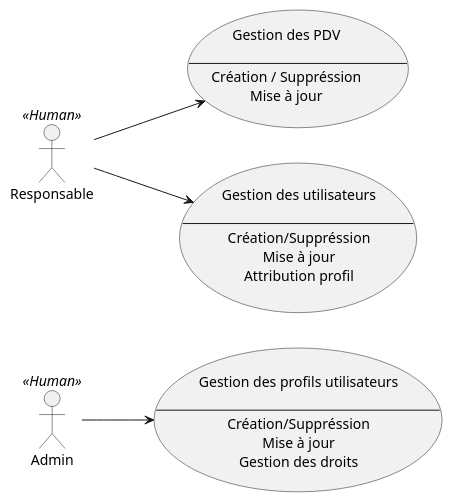
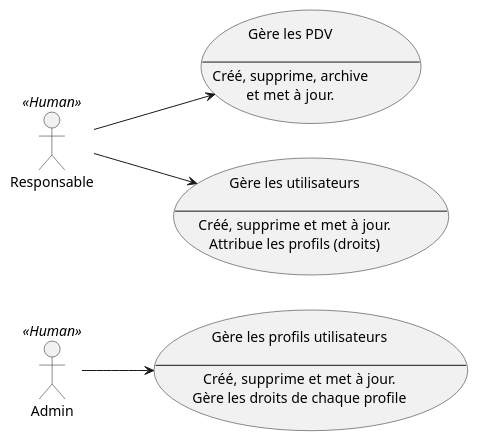
Before and after one commit to rvallet/oc-pizza: the diagram in uml/src/use-case-diagram-pdv.puml, drawn with PlantUML. The commit also changed 5 other files, not shown here.

Commit message:
updated uml

```diff
--- a/uml/src/use-case-diagram-pdv.puml
+++ b/uml/src/use-case-diagram-pdv.puml
@@ -1,45 +1,43 @@
 @startuml
 /' Start UML Class '/
 
 /' Flow Direction '/
 left to right direction
 
 /' Actor and Entity '/
 "Admin" << Human >> as A1
 "Responsable" << Human >> as R1
 
 /' UseCase Relationship '/
 /' Gestion des PDV '/
 usecase setPDV as "
-    Gestion des PDV
+    Gère les PDV
 
     --
-    Création / Suppréssion
-    Mise à jour
+    Créé, supprime, archive
+    et met à jour.
 "
 R1 --> (setPDV)
 
 /' Gestion des utilisateurs '/
 usecase setUser as "
-Gestion des utilisateurs
+Gère les utilisateurs
 
 --
-Création/Suppréssion
-Mise à jour
-Attribution profil
+Créé, supprime et met à jour.
+Attribue les profils (droits)
 "
 R1 --> (setUser)
 
 /' Gestion des profils utilisateur '/
 usecase setProfile as "
-Gestion des profils utilisateurs
+Gère les profils utilisateurs
 
 --
-Création/Suppréssion
-Mise à jour
-Gestion des droits
+Créé, supprime et met à jour.
+Gère les droits de chaque profile
 "
 A1 --> (setProfile)
 
 /' End UML Class '/
 @enduml
```
